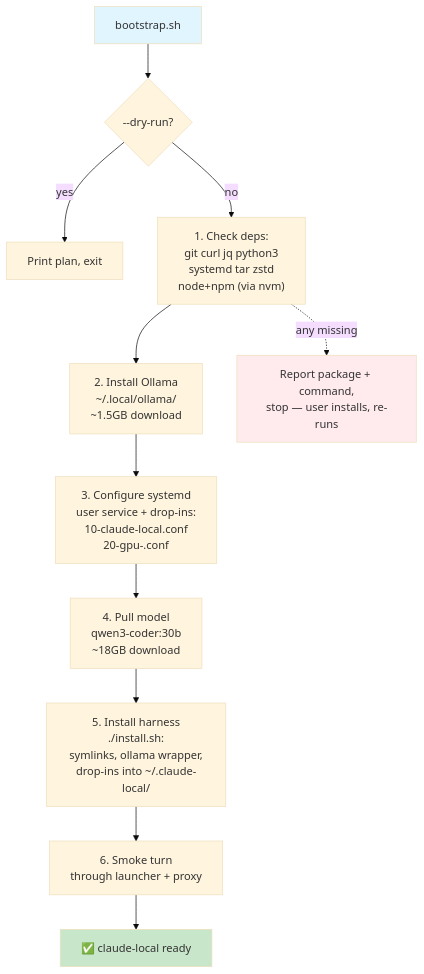
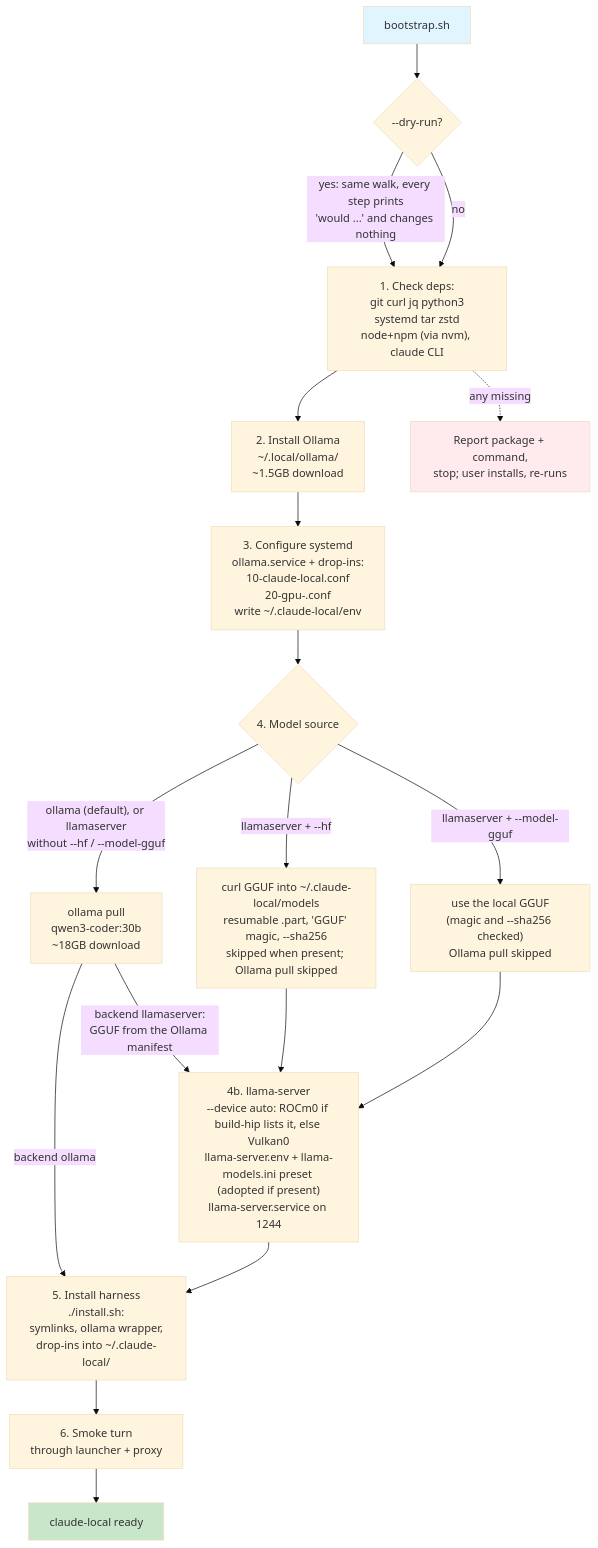
The first of 2 diagrams in docs/bootstrap.md (rogu3bear/claude-local), drawn with Mermaid (base theme) before and after one commit. The commit also changed other lines of this file and 30 other files, not shown here.

First line of the commit message:
Hidden auto mode, hosted names rewritten by the proxy, one-slot agent prompt, stack identity, guards, transcript hygiene, attribution contract, llama-server-first bootstrap

````diff
--- a/docs/bootstrap.md
+++ b/docs/bootstrap.md
@@ -12,20 +36,26 @@
 ```mermaid
 flowchart TD
     A["bootstrap.sh"] --> B{"--dry-run?"}
-    B -->|yes| Z["Print plan, exit"]
-    B -->|no| C["1. Check deps:<br/>git curl jq python3<br/>systemd tar zstd<br/>node+npm (via nvm)"]
+    B -->|"yes: same walk, every step prints<br/>'would ...' and changes nothing"| C
+    B -->|no| C["1. Check deps:<br/>git curl jq python3<br/>systemd tar zstd<br/>node+npm (via nvm), claude CLI"]
 
     C --> D["2. Install Ollama<br/>~/.local/ollama/<br/>~1.5GB download"]
-    D --> E["3. Configure systemd<br/>user service + drop-ins:<br/>10-claude-local.conf<br/>20-gpu-<profile>.conf"]
-    E --> F["4. Pull model<br/>qwen3-coder:30b<br/>~18GB download"]
+    D --> E["3. Configure systemd<br/>ollama.service + drop-ins:<br/>10-claude-local.conf<br/>20-gpu-<profile>.conf<br/>write ~/.claude-local/env"]
+    E --> F{"4. Model source"}
+    F -->|"ollama (default), or llamaserver<br/>without --hf / --model-gguf"| F1["ollama pull<br/>qwen3-coder:30b<br/>~18GB download"]
+    F -->|"llamaserver + --hf"| F2["curl GGUF into ~/.claude-local/models<br/>resumable .part, 'GGUF' magic, --sha256<br/>skipped when present; Ollama pull skipped"]
+    F -->|"llamaserver + --model-gguf"| F3["use the local GGUF<br/>(magic and --sha256 checked)<br/>Ollama pull skipped"]
+    F1 -->|"backend ollama"| G
+    F1 -->|"backend llamaserver:<br/>GGUF from the Ollama manifest"| H
+    F2 --> H
+    F3 --> H["4b. llama-server<br/>--device auto: ROCm0 if build-hip lists it, else Vulkan0<br/>llama-server.env + llama-models.ini preset (adopted if present)<br/>llama-server.service on 1244"]
+    H --> G["5. Install harness<br/>./install.sh:<br/>symlinks, ollama wrapper,<br/>drop-ins into ~/.claude-local/"]
+    G --> I["6. Smoke turn<br/>through launcher + proxy"]
+    I --> J["claude-local ready"]
 
-    F --> G["5. Install harness<br/>./install.sh:<br/>symlinks, ollama wrapper,<br/>drop-ins into ~/.claude-local/"]
-    G --> H["6. Smoke turn<br/>through launcher + proxy"]
-    H --> I["✅ claude-local ready"]
-
-    C -.->|"any missing"| M["Report package + command,<br/>stop — user installs, re-runs"]
+    C -.->|"any missing"| M["Report package + command,<br/>stop; user installs, re-runs"]
 
     style A fill:#e1f5fe
-    style I fill:#c8e6c9
+    style J fill:#c8e6c9
     style M fill:#ffebee
 ```
````
